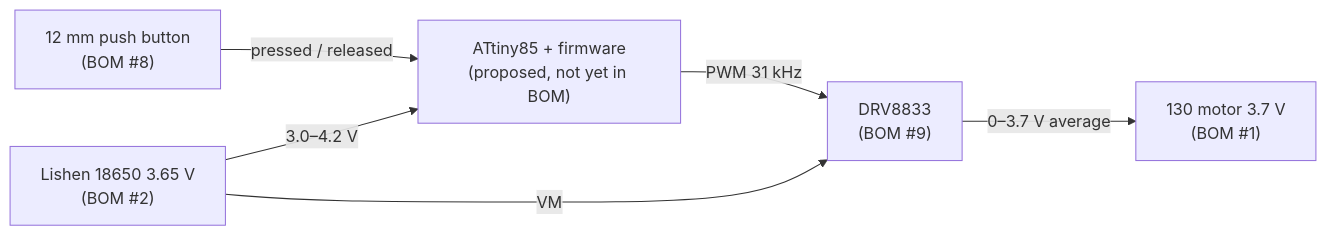
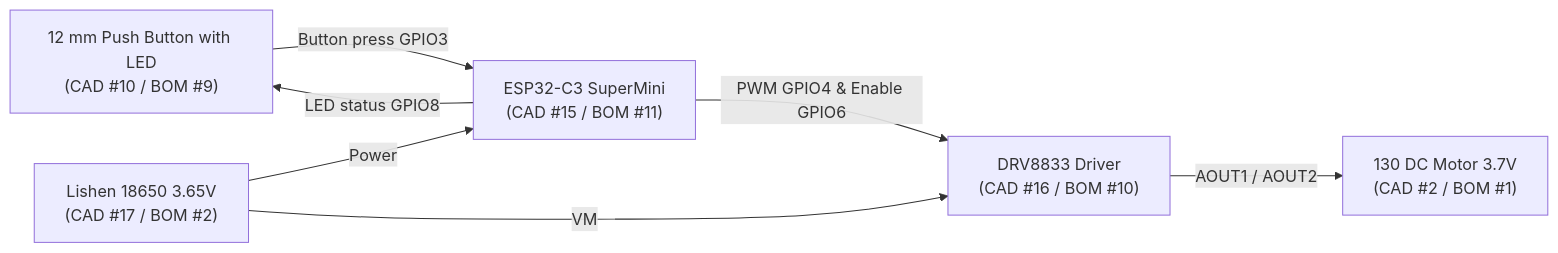
One commit to itrecruitmentvananh-collab/Openwhisk3s changed the diagram in firmware/README.md. Above: the diagram before and after it, drawn with Mermaid. The commit also changed other lines of this file and 40 other files, not shown here.

````diff
--- a/firmware/README.md
+++ b/firmware/README.md
@@ -38,8 +13,9 @@
 ```mermaid
 flowchart LR
-  BTN["12 mm push button<br/>(BOM #8)"] -->|pressed / released| MCU["ATtiny85 + firmware<br/>(proposed, not yet in BOM)"]
-  CELL["Lishen 18650 3.65 V<br/>(BOM #2)"] -->|3.0–4.2 V| MCU
-  MCU -->|PWM 31 kHz| DRV["DRV8833<br/>(BOM #9)"]
+  BTN["12 mm Push Button with LED<br/>(CAD #10 / BOM #9)"] -->|Button press GPIO3| MCU["ESP32-C3 SuperMini<br/>(CAD #15 / BOM #11)"]
+  MCU -->|LED status GPIO8| BTN
+  CELL["Lishen 18650 3.65V<br/>(CAD #17 / BOM #2)"] -->|Power| MCU
+  MCU -->|PWM GPIO4 & Enable GPIO6| DRV["DRV8833 Driver<br/>(CAD #16 / BOM #10)"]
   CELL -->|VM| DRV
-  DRV -->|0–3.7 V average| MOT["130 motor 3.7 V<br/>(BOM #1)"]
+  DRV -->|AOUT1 / AOUT2| MOT["130 DC Motor 3.7V<br/>(CAD #2 / BOM #1)"]
 ```
````
